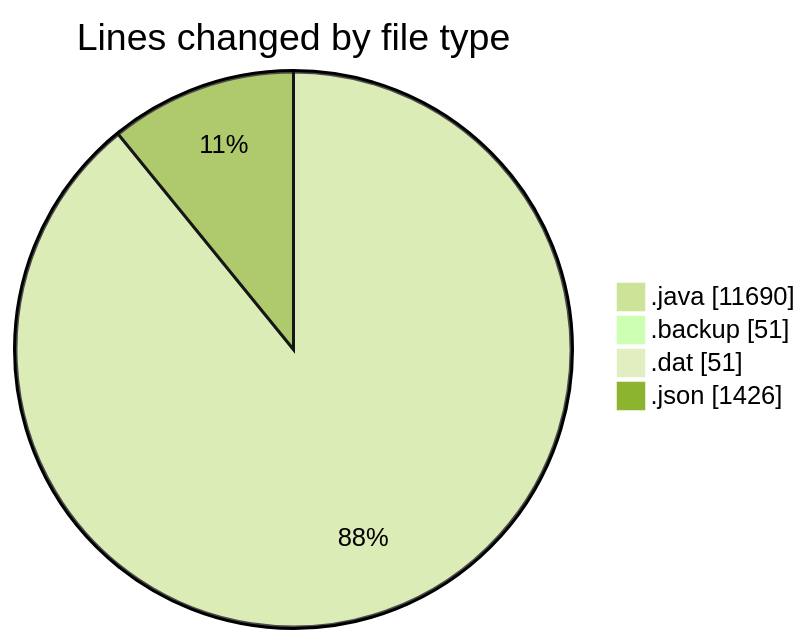
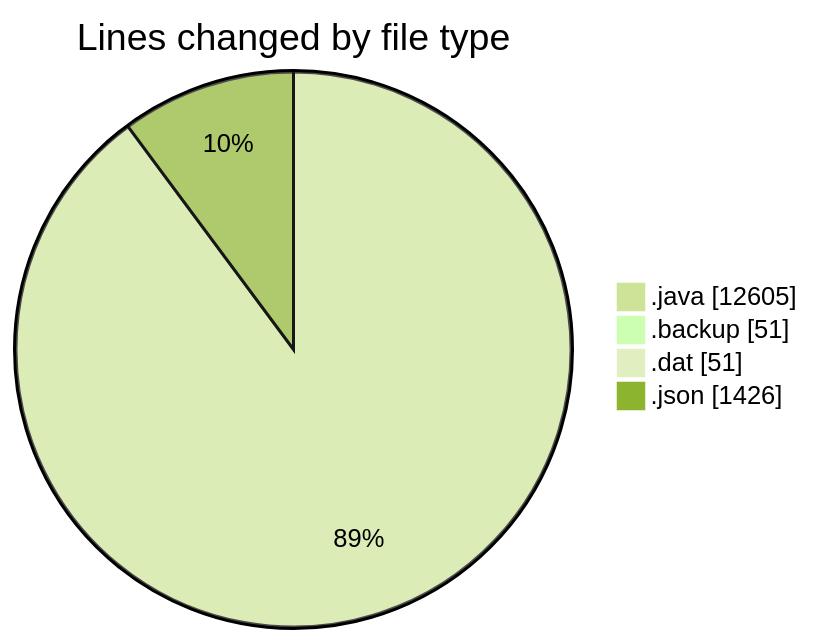
One commit to ricardozamudiocil/code-tracking changed the first of 2 diagrams in 2026-11-19/cilapp/README.md. Above: the diagram before and after it, drawn with Mermaid (forest theme). The commit also changed other lines of this file and 1 other file, not shown here.

````diff
--- a/2026-11-19/cilapp/README.md
+++ b/2026-11-19/cilapp/README.md
@@ -24,8 +24,8 @@
 ```mermaid
 pie showData
 title Lines changed by file type
-".java" : 11690
+".java" : 12605
 ".backup" : 51
 ".dat" : 51
 ".json" : 1426
 ```
````
